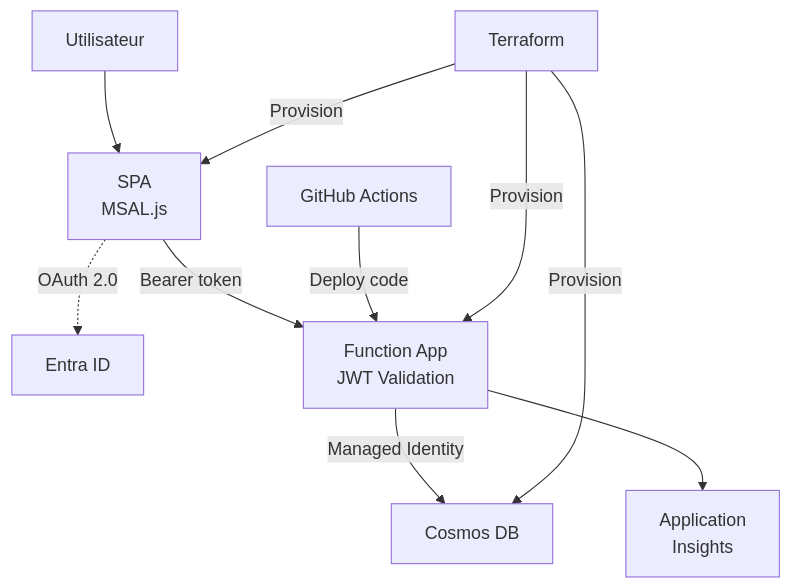
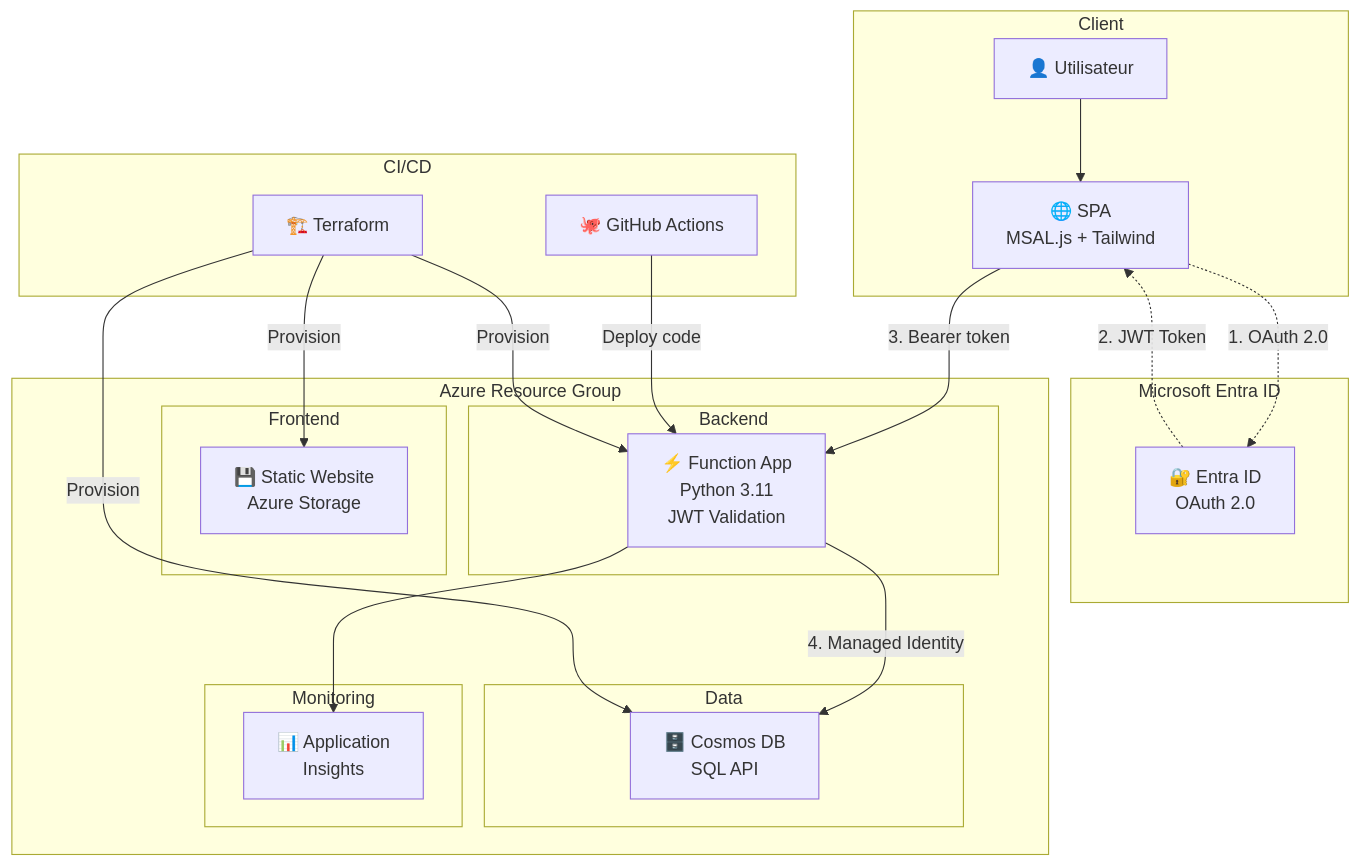
The diagram in README.md (Glutenfree69/Azure_function), drawn with Mermaid before and after one commit. The commit also changed other lines of this file, not shown here.

Commit message:
:page_facing_up: docs docs docs :page_facing_up:

````diff
--- a/README.md
+++ b/README.md
@@ -19,13 +19,46 @@
 ```mermaid
 graph TB
-    USER[Utilisateur] --> SPA[SPA<br/>MSAL.js]
-    SPA -.->|OAuth 2.0| ENTRA[Entra ID]
-    SPA -->|Bearer token| FA[Function App<br/>JWT Validation]
-    FA -->|Managed Identity| COSMOS[Cosmos DB]
-    FA --> AI[Application<br/>Insights]
+    subgraph Client
+        USER[👤 Utilisateur]
+        SPA[🌐 SPA<br/>MSAL.js + Tailwind]
+        USER --> SPA
+    end
     
-    GH[GitHub Actions] -->|Deploy code| FA
-    TF[Terraform] -->|Provision| SPA
+    subgraph "Microsoft Entra ID"
+        ENTRA[🔐 Entra ID<br/>OAuth 2.0]
+    end
+    
+    subgraph "Azure Resource Group"
+        subgraph "Frontend"
+            STATIC[💾 Static Website<br/>Azure Storage]
+        end
+        
+        subgraph "Backend"
+            FA[⚡ Function App<br/>Python 3.11<br/>JWT Validation]
+        end
+        
+        subgraph "Data"
+            COSMOS[🗄️ Cosmos DB<br/>SQL API]
+        end
+        
+        subgraph "Monitoring"
+            AI[📊 Application<br/>Insights]
+        end
+    end
+    
+    subgraph "CI/CD"
+        GH[🐙 GitHub Actions]
+        TF[🏗️ Terraform]
+    end
+    
+    SPA -.->|1. OAuth 2.0| ENTRA
+    ENTRA -.->|2. JWT Token| SPA
+    SPA -->|3. Bearer token| FA
+    FA -->|4. Managed Identity| COSMOS
+    FA --> AI
+    
+    GH -->|Deploy code| FA
+    TF -->|Provision| STATIC
     TF -->|Provision| FA
     TF -->|Provision| COSMOS
 ```
````
